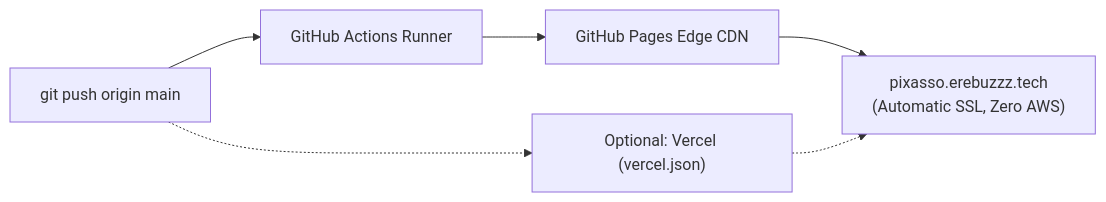
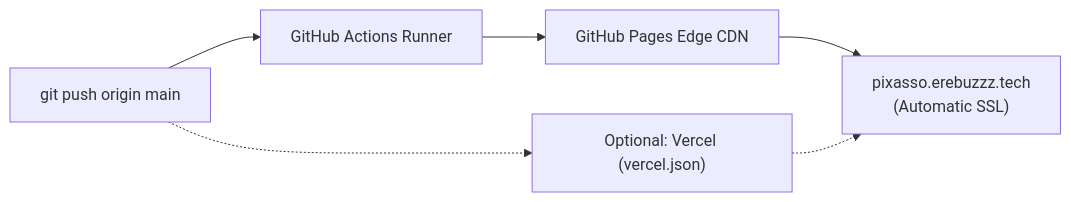
Before and after one commit to Erebuzzz/pixasso: the sixth of 7 diagrams in README.md, drawn with Mermaid. The commit also changed other lines of this file, not shown here.

First line of the commit message:
Update README to remove AWS connectivity details

````diff
--- a/README.md
+++ b/README.md
@@ -386,9 +385,9 @@
 ```mermaid
 flowchart LR
     Commit["git push origin main"] --> Actions["GitHub Actions Runner"]
     Actions --> Pages["GitHub Pages Edge CDN"]
-    Pages --> Domain["pixasso.erebuzzz.tech<br/>(Automatic SSL, Zero AWS)"]
+    Pages --> Domain["pixasso.erebuzzz.tech<br/>(Automatic SSL)"]
 
     Commit -.-> Vercel["Optional: Vercel (vercel.json)"]
     Vercel -.-> Domain
 ```
````
